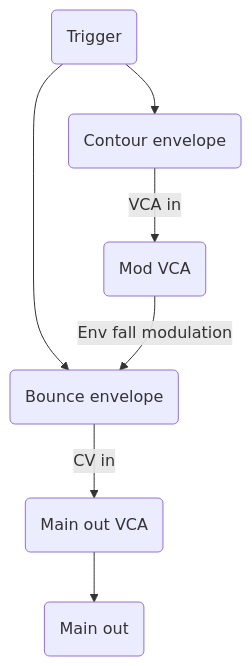
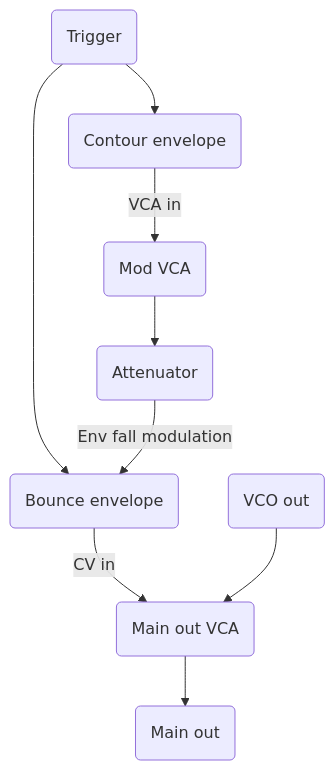
The diagram in _drafts/buscephalus.md (aidanreilly/man_synth), drawn with Mermaid before and after one commit. The commit also changed other lines of this file, not shown here.

```diff
--- a/_drafts/buscephalus.md
+++ b/_drafts/buscephalus.md
@@ -16,9 +18,11 @@
 <div class="mermaid">
  graph TB
  D(Main out VCA)-->E(Main out)
 F(Trigger)-->A(Contour envelope)
 F(Trigger)-->C(Bounce envelope)
 A(Contour envelope) -->|VCA in|B(Mod VCA)
-B(Mod VCA)-->|Env fall modulation|C(Bounce envelope)
+B(Mod VCA)-->H(Attenuator)
+H(Attenuator)-->|Env fall modulation|C(Bounce envelope)
 C(Bounce envelope)-->|CV in|D(Main out VCA)
+G(VCO out)-->D(Main out VCA)
 </div>
```
